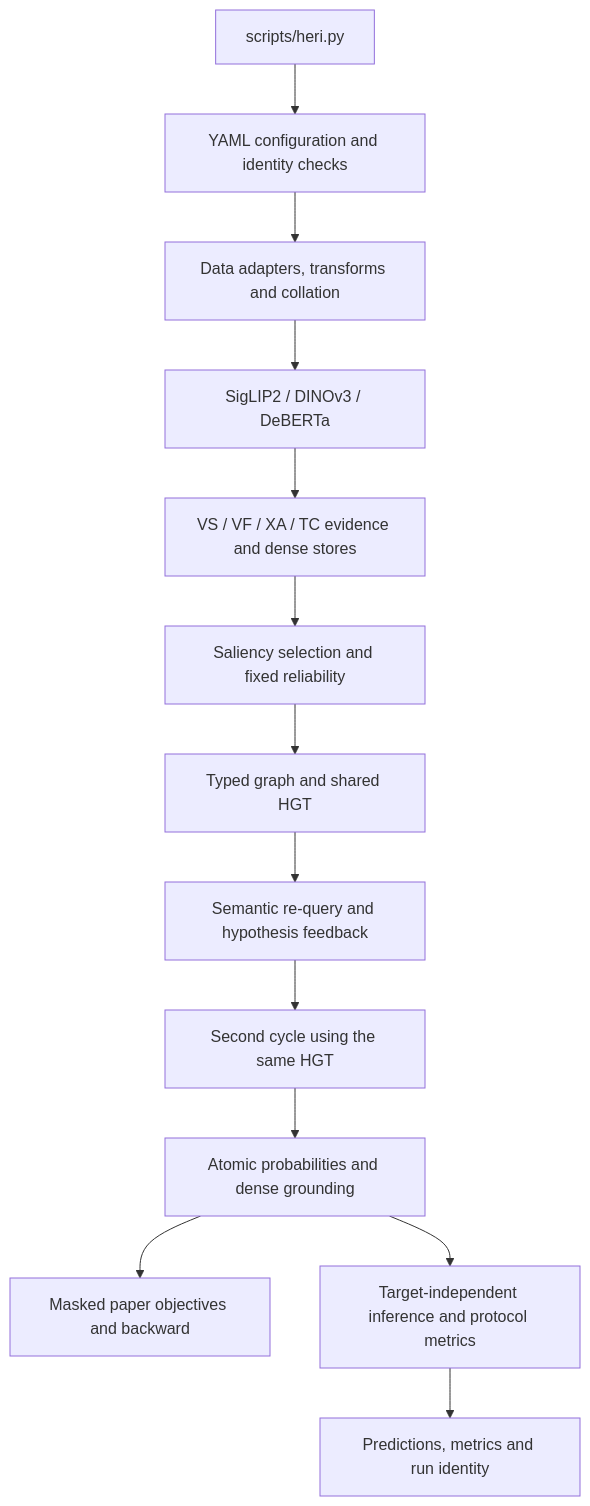
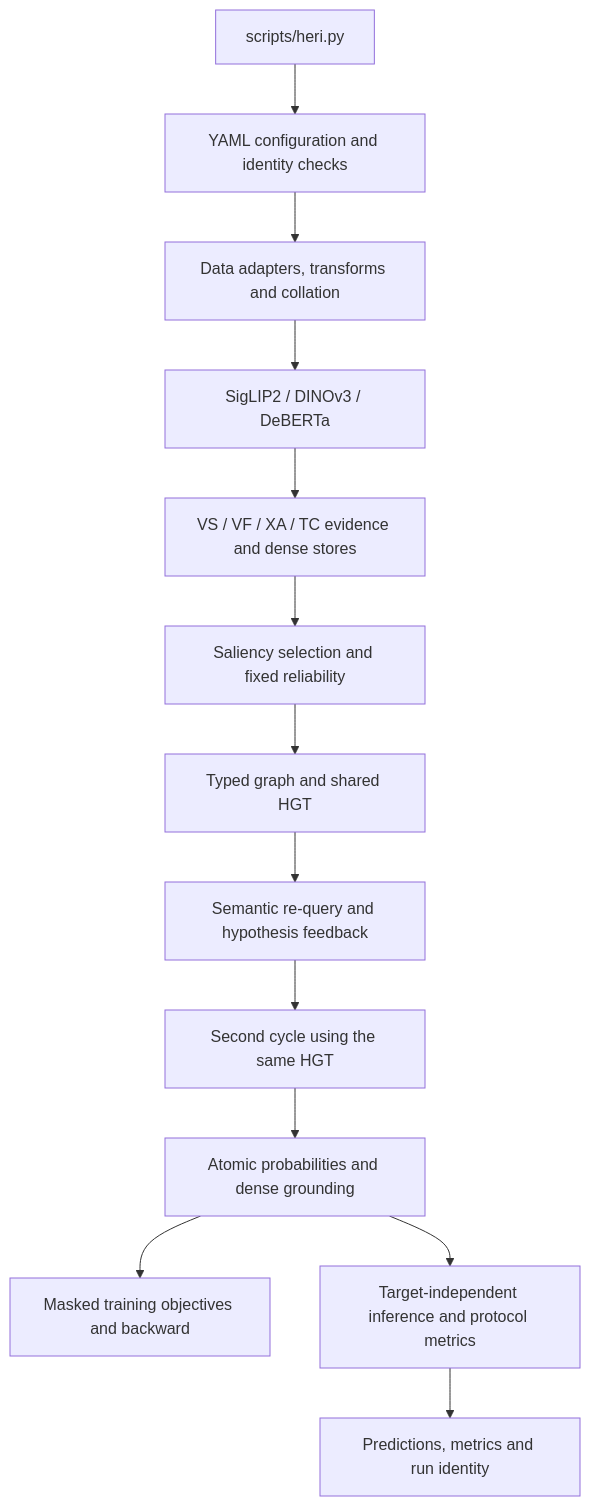
Before and after one commit to LuuVanNhatHao/HERI: the diagram in docs/architecture.md, drawn with Mermaid. The commit also changed other lines of this file and 35 other files, not shown here.

````diff
--- a/docs/architecture.md
+++ b/docs/architecture.md
@@ -5,15 +5,15 @@
 ```mermaid
 flowchart TD
     CLI["scripts/heri.py"] --> CONFIG["YAML configuration and identity checks"]
     CONFIG --> DATA["Data adapters, transforms and collation"]
     DATA --> ENCODERS["SigLIP2 / DINOv3 / DeBERTa"]
     ENCODERS --> EVIDENCE["VS / VF / XA / TC evidence and dense stores"]
     EVIDENCE --> ROUTER["Saliency selection and fixed reliability"]
     ROUTER --> GRAPH["Typed graph and shared HGT"]
     GRAPH --> REFRESH["Semantic re-query and hypothesis feedback"]
     REFRESH --> GRAPH2["Second cycle using the same HGT"]
     GRAPH2 --> HEADS["Atomic probabilities and dense grounding"]
-    HEADS --> LOSS["Masked paper objectives and backward"]
+    HEADS --> LOSS["Masked training objectives and backward"]
     HEADS --> EVAL["Target-independent inference and protocol metrics"]
     EVAL --> ARTIFACTS["Predictions, metrics and run identity"]
 ```
````
